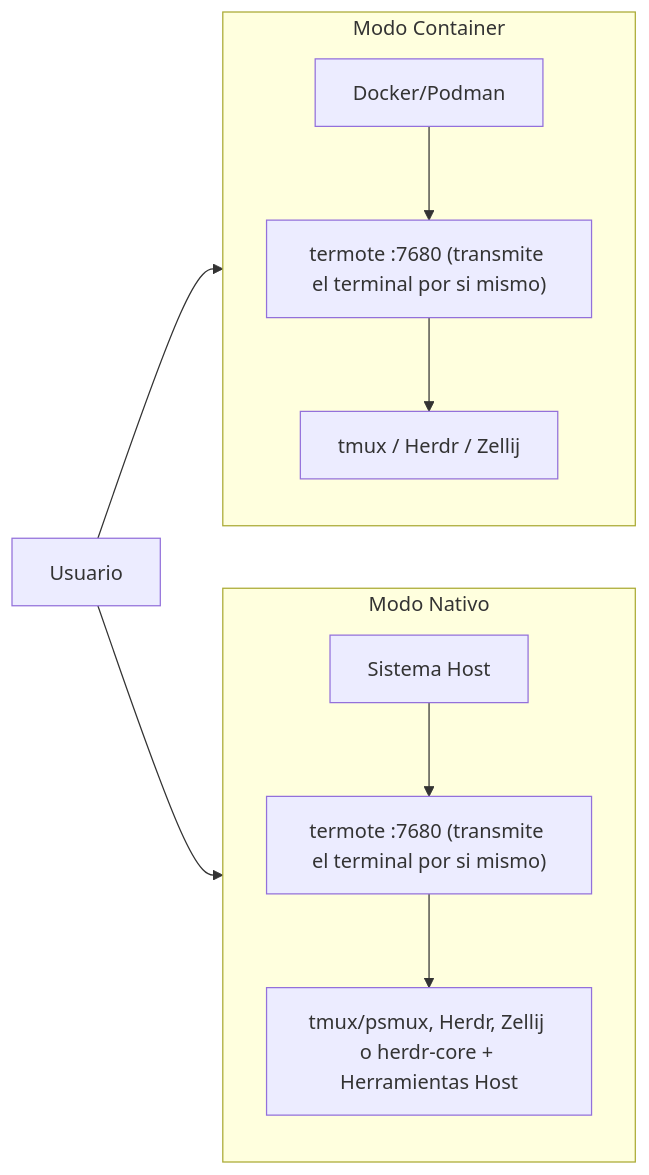
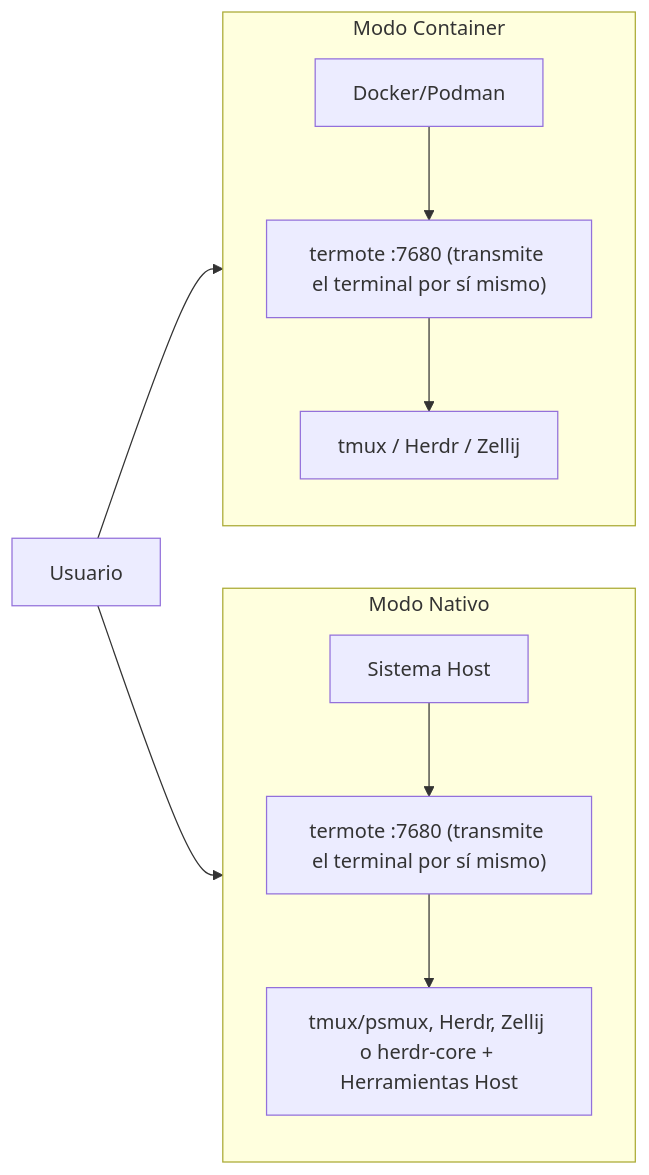
The second of 2 diagrams in README.es.md (lamngockhuong/termote), drawn with Mermaid before and after one commit. The commit also changed other lines of this file and 1 other file, not shown here.

````diff
--- a/README.es.md
+++ b/README.es.md
@@ -274,14 +274,14 @@
 ```mermaid
 flowchart LR
     subgraph Container["Modo Container"]
         direction TB
-        C1["Docker/Podman"] --> C2["termote :7680 (transmite el terminal por si mismo)"] --> C3["tmux / Herdr / Zellij"]
+        C1["Docker/Podman"] --> C2["termote :7680 (transmite el terminal por sí mismo)"] --> C3["tmux / Herdr / Zellij"]
     end
 
     subgraph Native["Modo Nativo"]
         direction TB
-        N1["Sistema Host"] --> N2["termote :7680 (transmite el terminal por si mismo)"] --> N3["tmux/psmux, Herdr, Zellij o herdr-core + Herramientas Host"]
+        N1["Sistema Host"] --> N2["termote :7680 (transmite el terminal por sí mismo)"] --> N3["tmux/psmux, Herdr, Zellij o herdr-core + Herramientas Host"]
     end
 
     User["Usuario"] --> Container & Native
 ```
````
